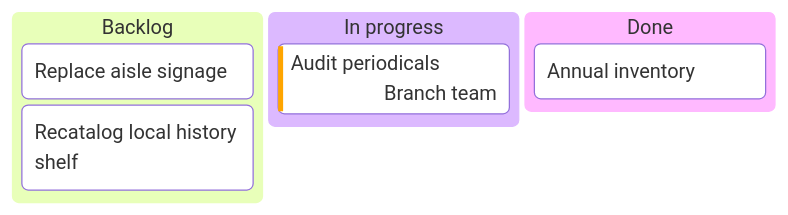
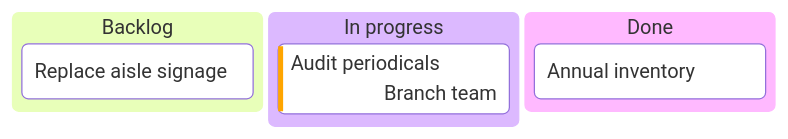
The second of 19 diagrams in skills/obsidian-visualize/references/pele-catalog.md (GoBeromsu/secondbrain-skills), drawn with Mermaid before and after one commit. The commit also changed other lines of this file and 108 other files, not shown here.

````diff
--- a/skills/obsidian-visualize/references/pele-catalog.md
+++ b/skills/obsidian-visualize/references/pele-catalog.md
@@ -362,10 +82,9 @@
 ```mermaid
 kanban
   backlog[Backlog]
     signage[Replace aisle signage]
-    localhistory[Recatalog local history shelf]
   active[In progress]
     periodicals[Audit periodicals]@{ assigned: 'Branch team', priority: 'High' }
   done[Done]
     inventory[Annual inventory]
 ```
````
